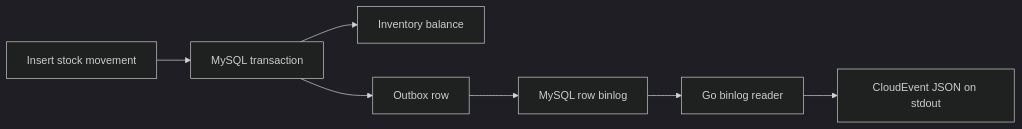
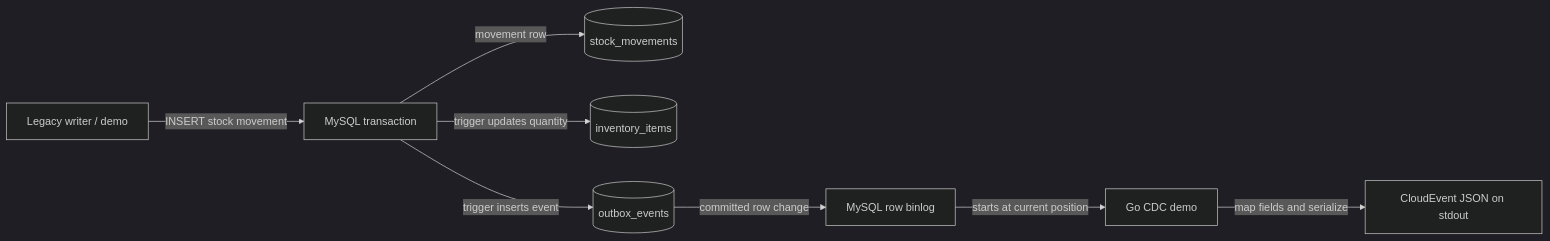
One commit to raulalmeidatarazona/go-legacy-cdc-lab changed the diagram in README.md. Above: the diagram before and after it, drawn with Mermaid (dark theme). The commit also changed other lines of this file and 1 other file, not shown here.

````diff
--- a/README.md
+++ b/README.md
@@ -28,9 +27,10 @@
 ```mermaid
 flowchart LR
-    A[Insert stock movement] --> T[MySQL transaction]
-    T --> B[Inventory balance]
-    T --> O[Outbox row]
-    O --> L[MySQL row binlog]
-    L --> G[Go binlog reader]
-    G --> C[CloudEvent JSON on stdout]
+    W[Legacy writer / demo] -->|INSERT stock movement| TX[MySQL transaction]
+    TX -->|movement row| M[(stock_movements)]
+    TX -->|trigger updates quantity| I[(inventory_items)]
+    TX -->|trigger inserts event| O[(outbox_events)]
+    O -->|committed row change| B[MySQL row binlog]
+    B -->|starts at current position| G[Go CDC demo]
+    G -->|map fields and serialize| C[CloudEvent JSON on stdout]
 ```
````
